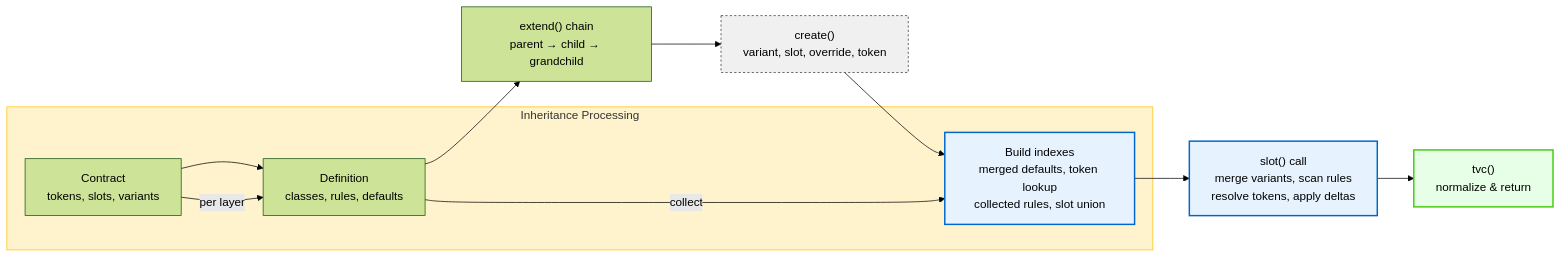
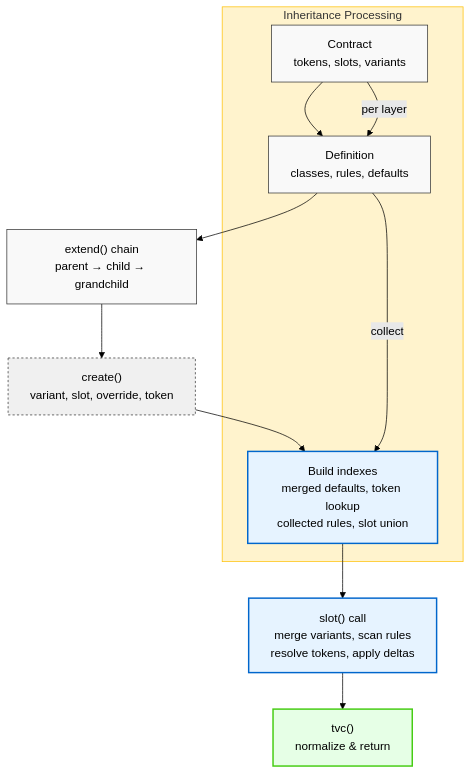
The diagram in packages/cls/README2.md (use-pico/pico), drawn with Mermaid (forest theme) before and after one commit.

Commit message:
docs: update resolution flow diagram in README to use top-down orientation and enhance box styling for improved clarity

````diff
--- a/packages/cls/README2.md
+++ b/packages/cls/README2.md
@@ -422,20 +422,24 @@
 ```mermaid
-flowchart LR
+flowchart TD
   A["Contract<br/>tokens, slots, variants"] --> B["Definition<br/>classes, rules, defaults"]
   B --> C["extend() chain<br/>parent → child → grandchild"]
   C --> D["create()<br/>variant, slot, override, token"]
   D --> E["Build indexes<br/>merged defaults, token lookup<br/>collected rules, slot union"]
   E --> F["slot() call<br/>merge variants, scan rules<br/>resolve tokens, apply deltas"]
   F --> G["tvc()<br/>normalize & return"]
 
   subgraph Inheritance["Inheritance Processing"]
     A -->|per layer| B
     B -->|collect| E
   end
 
   style G stroke:#4c1,stroke-width:2px,fill:#e6ffe6
   style F stroke:#06c,stroke-width:2px,fill:#e6f3ff
   style E stroke:#06c,stroke-width:2px,fill:#e6f3ff
   style D stroke:#333,stroke-dasharray: 3 3,fill:#f0f0f0
   style Inheritance fill:#fff3cd,stroke:#ffc107
+  
+  %% Make boxes wider by adding padding
+  classDef wideBox fill:#f9f9f9,stroke:#333,stroke-width:1px
+  class A,B,C,D,E,F,G wideBox
 ```
````
